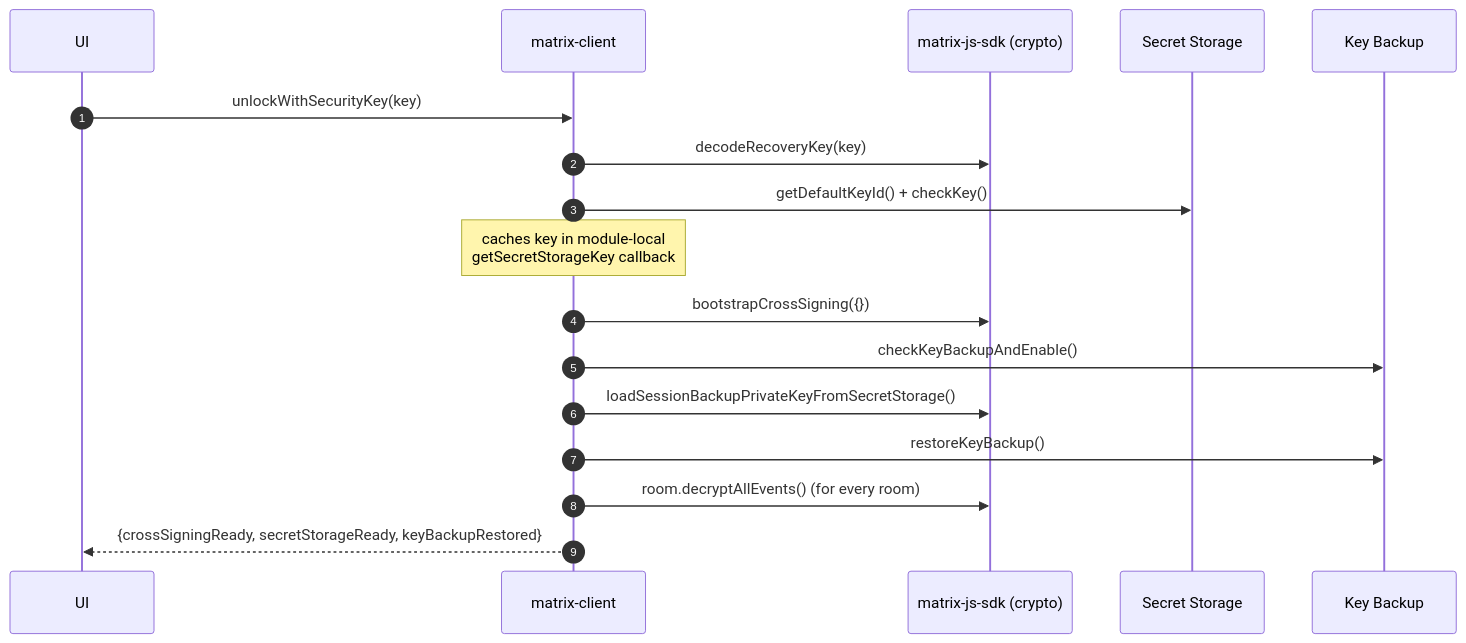
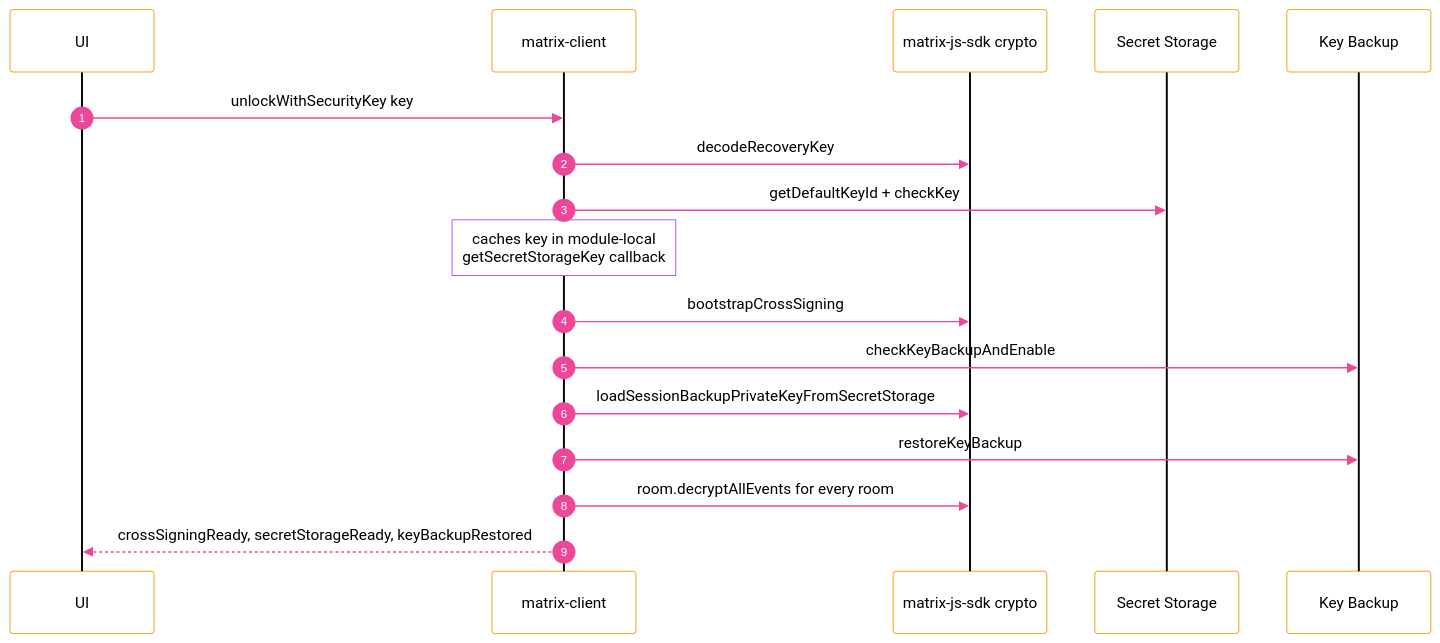
One commit to quochuydev/matrix-e2e-emr changed the third of 5 diagrams in packages/matrix-client/README.md. Above: the diagram before and after it, drawn with Mermaid. The commit also changed other lines of this file, not shown here.

Commit message:
docs(matrix-client): restyle mermaid diagrams (white bg, pink arrows, color-coded borders)

````diff
--- a/packages/matrix-client/README.md
+++ b/packages/matrix-client/README.md
@@ -92,20 +102,21 @@
 ```mermaid
+%%{init: {'theme':'base','themeVariables':{'background':'#ffffff','primaryTextColor':'#000000','actorBkg':'#ffffff','actorBorder':'#f59e0b','actorTextColor':'#000000','actorLineColor':'#000000','signalColor':'#ec4899','signalTextColor':'#000000','sequenceNumberColor':'#ffffff','noteBkgColor':'#ffffff','noteBorderColor':'#a855f7','noteTextColor':'#000000','labelBoxBkgColor':'#ffffff','labelBoxBorderColor':'#000000','labelTextColor':'#000000','fontFamily':'system-ui'}}}%%
 sequenceDiagram
   autonumber
   participant UI
   participant MC as matrix-client
-  participant SDK as matrix-js-sdk (crypto)
+  participant SDK as matrix-js-sdk crypto
   participant SS as Secret Storage
   participant KB as Key Backup
 
-  UI->>MC: unlockWithSecurityKey(key)
-  MC->>SDK: decodeRecoveryKey(key)
-  MC->>SS: getDefaultKeyId() + checkKey()
+  UI->>MC: unlockWithSecurityKey key
+  MC->>SDK: decodeRecoveryKey
+  MC->>SS: getDefaultKeyId + checkKey
   Note over MC: caches key in module-local<br/>getSecretStorageKey callback
-  MC->>SDK: bootstrapCrossSigning({})
-  MC->>KB: checkKeyBackupAndEnable()
-  MC->>SDK: loadSessionBackupPrivateKeyFromSecretStorage()
-  MC->>KB: restoreKeyBackup()
-  MC->>SDK: room.decryptAllEvents() (for every room)
-  MC-->>UI: {crossSigningReady, secretStorageReady, keyBackupRestored}
+  MC->>SDK: bootstrapCrossSigning
+  MC->>KB: checkKeyBackupAndEnable
+  MC->>SDK: loadSessionBackupPrivateKeyFromSecretStorage
+  MC->>KB: restoreKeyBackup
+  MC->>SDK: room.decryptAllEvents for every room
+  MC-->>UI: crossSigningReady, secretStorageReady, keyBackupRestored
 ```
````
